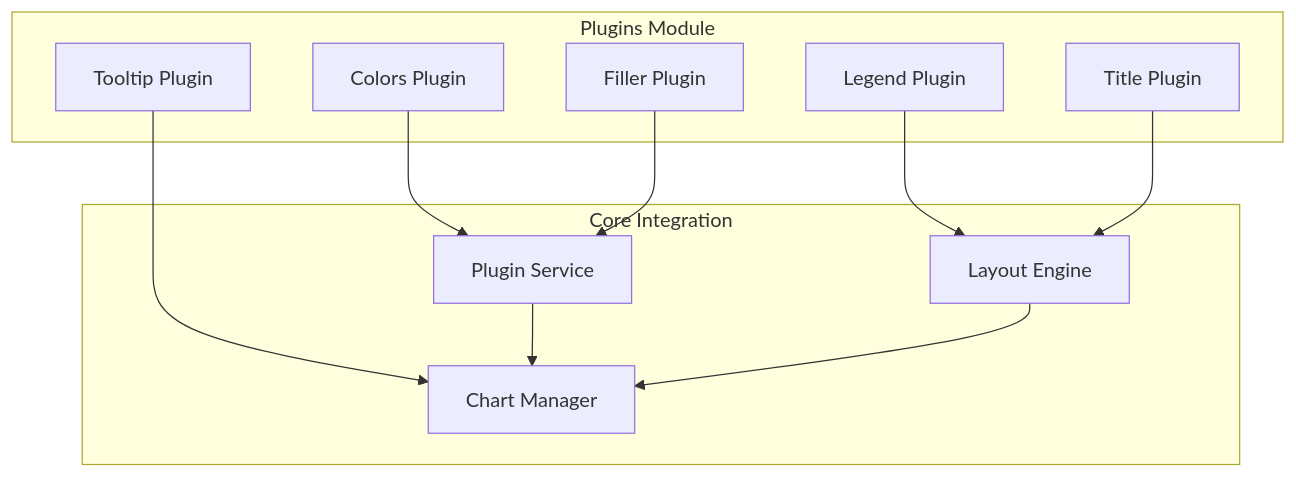
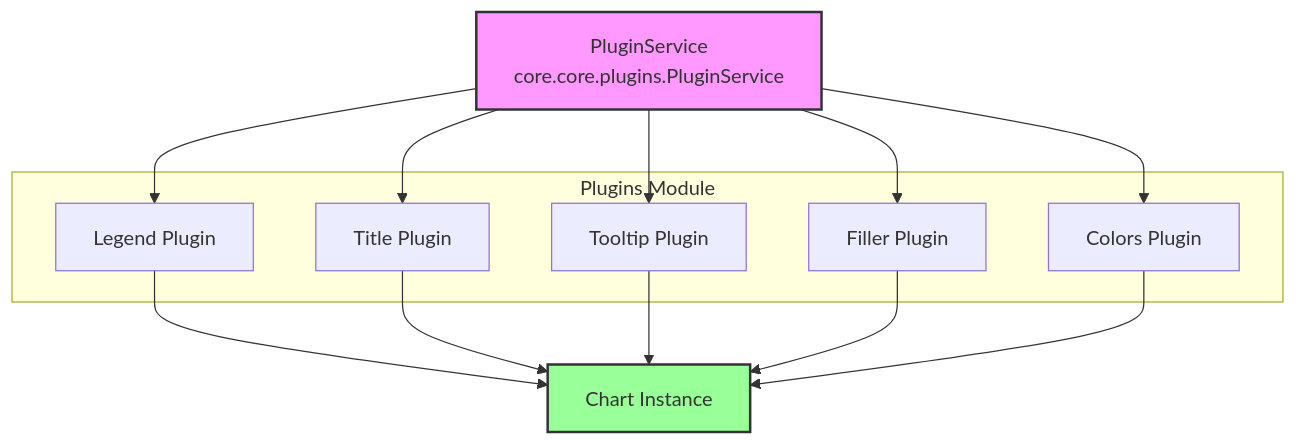
One commit to FSoft-AI4Code/codewiki-demo changed the first of 6 diagrams in docs/chartjs--Chart.js-docs/plugins.md. Above: the diagram before and after it, drawn with Mermaid. The commit also changed other lines of this file and 1103 other files, not shown here.

````diff
--- a/docs/chartjs--Chart.js-docs/plugins.md
+++ b/docs/chartjs--Chart.js-docs/plugins.md
@@ -11,25 +11,28 @@
 ```mermaid
 graph TB
     subgraph "Plugins Module"
-        CP[Colors Plugin]
-        FP[Filler Plugin]
-        LP[Legend Plugin]
-        TP[Title Plugin]
-        TTP[Tooltip Plugin]
+        L[Legend Plugin]
+        T[Title Plugin]
+        TT[Tooltip Plugin]
+        F[Filler Plugin]
+        C[Colors Plugin]
     end
     
-    subgraph "Core Integration"
-        PS[Plugin Service]
-        CM[Chart Manager]
-        LE[Layout Engine]
-    end
+    PS[PluginService<br/>core.core.plugins.PluginService]
+    Chart[Chart Instance]
     
-    CP --> PS
-    FP --> PS
-    LP --> LE
-    TP --> LE
-    TTP --> CM
+    PS --> L
+    PS --> T
+    PS --> TT
+    PS --> F
+    PS --> C
     
-    PS --> CM
-    LE --> CM
+    L --> Chart
+    T --> Chart
+    TT --> Chart
+    F --> Chart
+    C --> Chart
+    
+    style PS fill:#f9f,stroke:#333,stroke-width:2px
+    style Chart fill:#9f9,stroke:#333,stroke-width:2px
 ```
````
